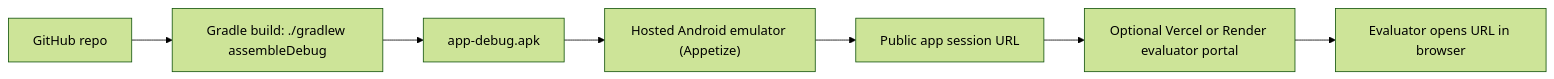
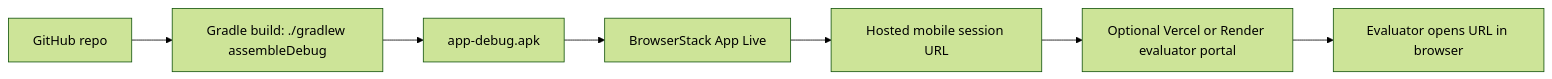
Before and after one commit to Jagadeesh11200/Spotify-Prototype: the first of 2 diagrams in DEPLOYMENT.md, drawn with Mermaid (forest theme). The commit also changed other lines of this file and 5 other files, not shown here.

````diff
--- a/DEPLOYMENT.md
+++ b/DEPLOYMENT.md
@@ -14,9 +14,9 @@
 ```mermaid
 flowchart LR
   Repo["GitHub repo"] --> Build["Gradle build: ./gradlew assembleDebug"]
   Build --> Apk["app-debug.apk"]
-  Apk --> Appetize["Hosted Android emulator (Appetize)"]
-  Appetize --> PublicUrl["Public app session URL"]
+  Apk --> BrowserStack["BrowserStack App Live"]
+  BrowserStack --> PublicUrl["Hosted mobile session URL"]
   PublicUrl --> Portal["Optional Vercel or Render evaluator portal"]
   Portal --> Evaluator["Evaluator opens URL in browser"]
 ```
````
